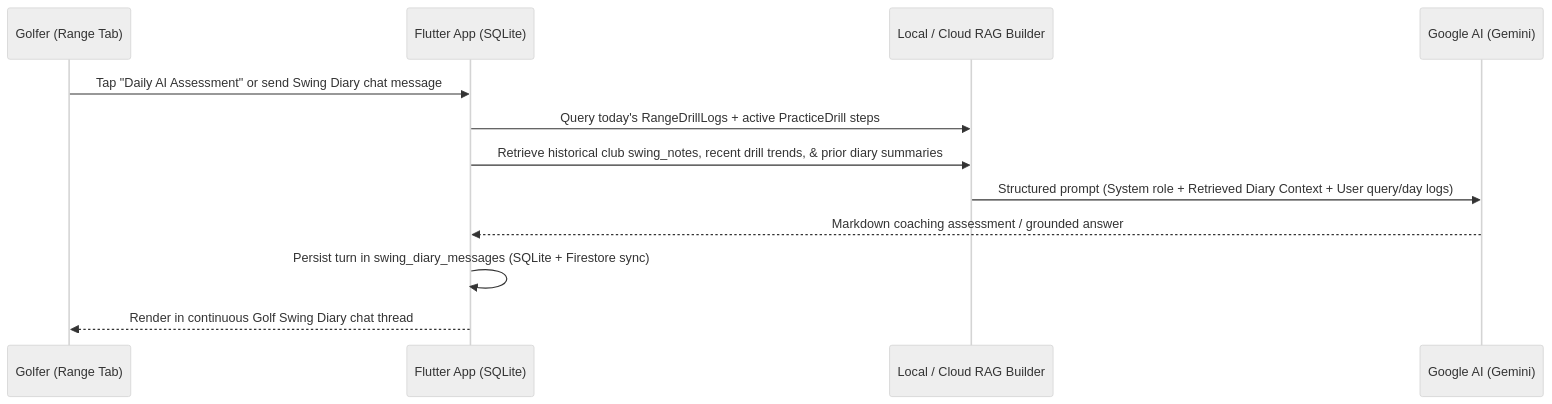
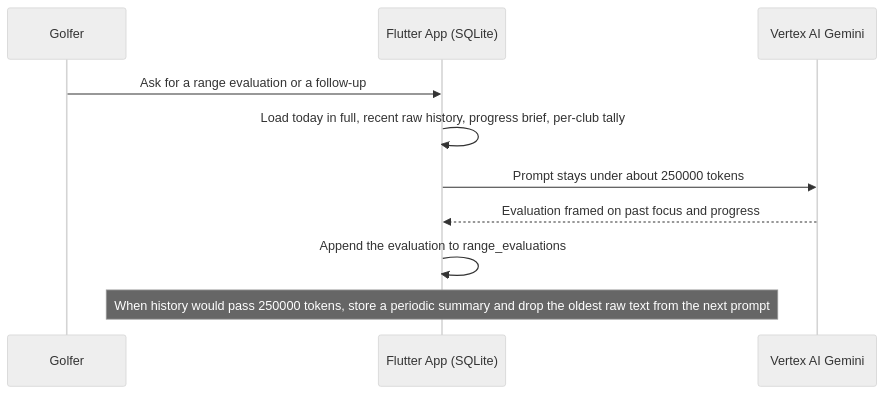
The third of 3 diagrams in docs/context/Architecture.md (ograva/My-Golf-Diary), drawn with Mermaid (neutral theme) before and after one commit. The commit also changed other lines of this file, not shown here.

Commit message:
docs(arch): record Vertex AI diary cost cap, history window, and evaluation log

````diff
--- a/docs/context/Architecture.md
+++ b/docs/context/Architecture.md
@@ -206,15 +208,13 @@
 ```mermaid
 sequenceDiagram
-  participant User as Golfer (Range Tab)
+  participant User as Golfer
   participant App as Flutter App (SQLite)
-  participant RAG as Local / Cloud RAG Builder
-  participant AI as Google AI (Gemini)
+  participant AI as Vertex AI Gemini
 
-  User->>App: Tap "Daily AI Assessment" or send Swing Diary chat message
-  App->>RAG: Query today's RangeDrillLogs + active PracticeDrill steps
-  App->>RAG: Retrieve historical club swing_notes, recent drill trends, & prior diary summaries
-  RAG->>AI: Structured prompt (System role + Retrieved Diary Context + User query/day logs)
-  AI-->>App: Markdown coaching assessment / grounded answer
-  App->>App: Persist turn in swing_diary_messages (SQLite + Firestore sync)
-  App-->>User: Render in continuous Golf Swing Diary chat thread
+  User->>App: Ask for a range evaluation or a follow-up
+  App->>App: Load today in full, recent raw history, progress brief, per-club tally
+  App->>AI: Prompt stays under about 250000 tokens
+  AI-->>App: Evaluation framed on past focus and progress
+  App->>App: Append the evaluation to range_evaluations
+  Note over App: When history would pass 250000 tokens, store a periodic summary and drop the oldest raw text from the next prompt
 ```
````
